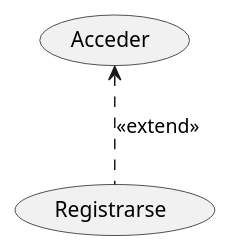
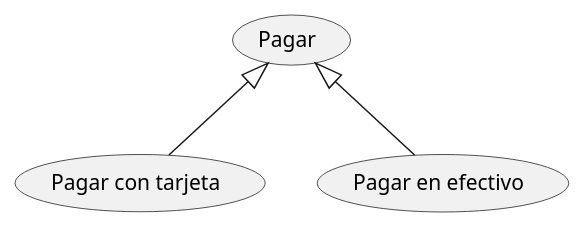
Before and after one commit to alejaandroobc/CasosDeUso_UML: the diagram in src/CasosDeUso_UML.puml, drawn with PlantUML.

Commit message:
Se hace una generalización

```diff
--- a/src/CasosDeUso_UML.puml
+++ b/src/CasosDeUso_UML.puml
@@ -1,5 +1,7 @@
 @startuml
-usecase "Acceder" as UC1
-usecase "Registrarse" as UC3
-UC1 <.. UC3 : <<extend>>
+usecase "Pagar" as UC1
+usecase "Pagar con tarjeta" as UC2
+usecase "Pagar en efectivo" as UC3
+UC1 <|-- UC3
+UC1 <|-- UC2
 @enduml
```
